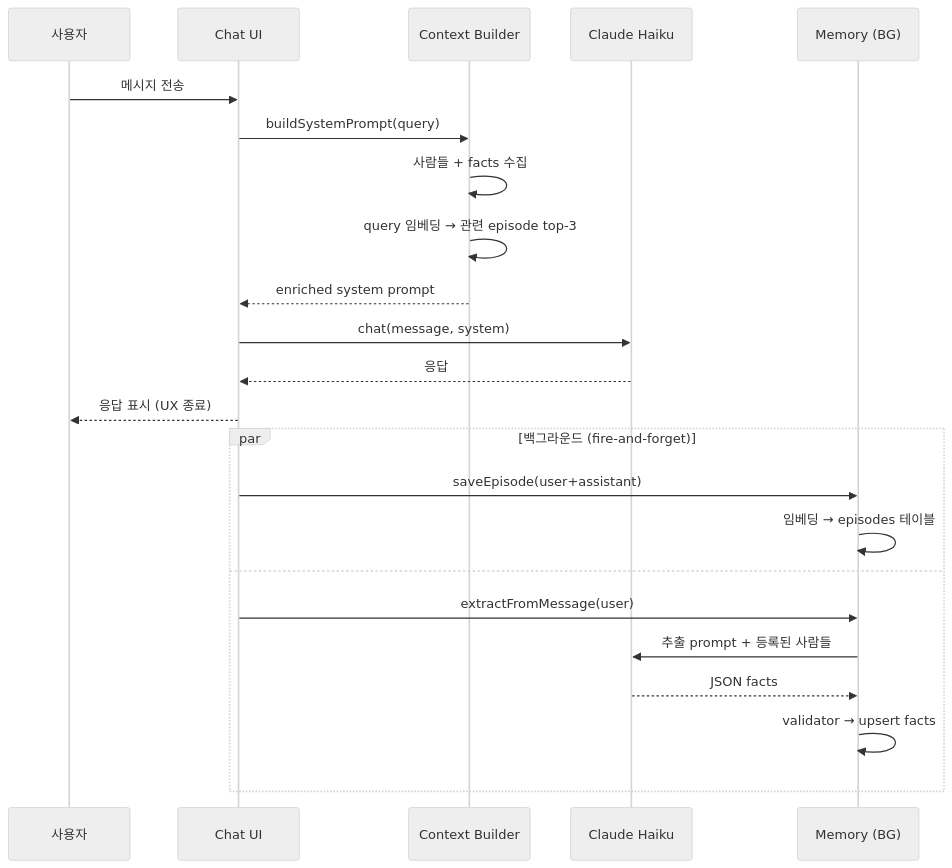
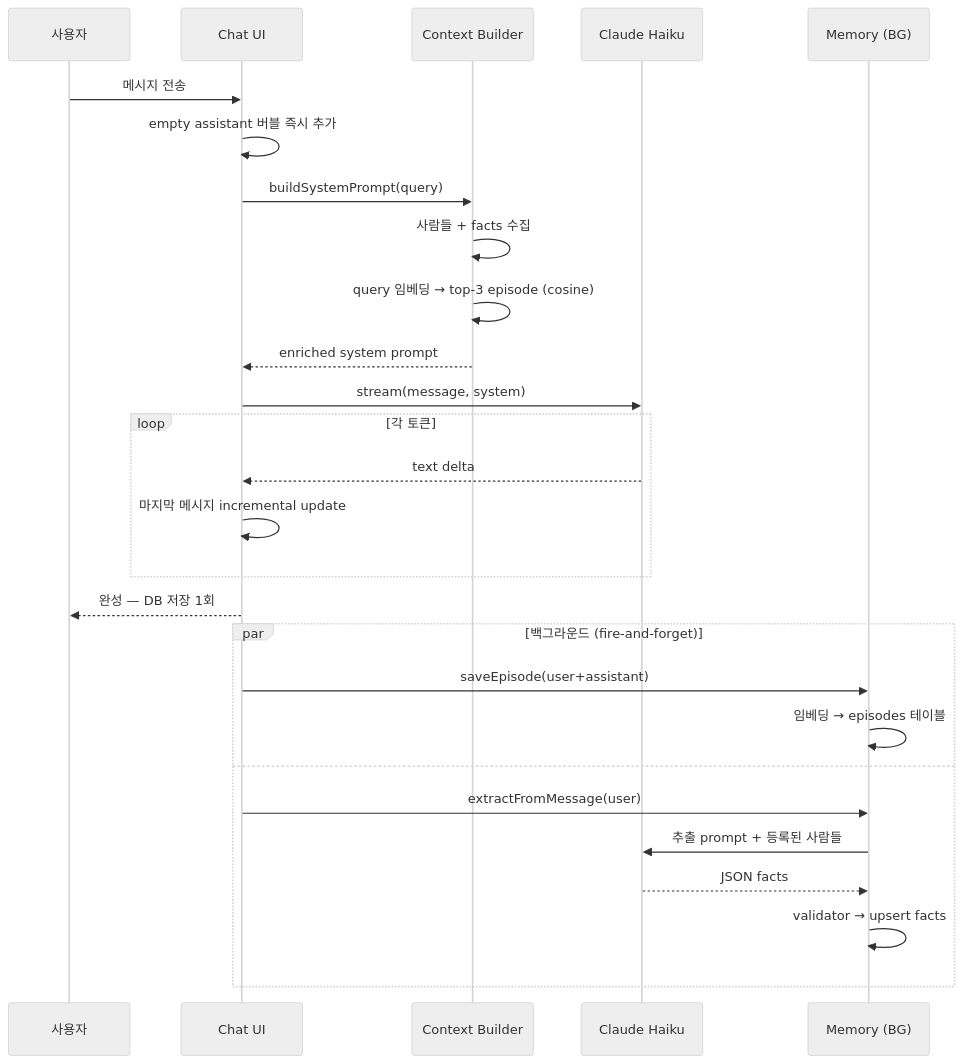
The second of 2 diagrams in README.md (Saga-Tales/tale-01-personal-diary-iq), drawn with Mermaid (neutral theme) before and after one commit. The commit also changed other lines of this file, not shown here.

````diff
--- a/README.md
+++ b/README.md
@@ -101,27 +118,31 @@
 ```mermaid
 sequenceDiagram
   participant U as 사용자
   participant UI as Chat UI
   participant Ctx as Context Builder
   participant LLM as Claude Haiku
   participant Mem as Memory (BG)
 
   U->>UI: 메시지 전송
+  UI->>UI: empty assistant 버블 즉시 추가
   UI->>Ctx: buildSystemPrompt(query)
   Ctx->>Ctx: 사람들 + facts 수집
-  Ctx->>Ctx: query 임베딩 → 관련 episode top-3
+  Ctx->>Ctx: query 임베딩 → top-3 episode (cosine)
   Ctx-->>UI: enriched system prompt
-  UI->>LLM: chat(message, system)
-  LLM-->>UI: 응답
-  UI-->>U: 응답 표시 (UX 종료)
+  UI->>LLM: stream(message, system)
+  loop 각 토큰
+    LLM-->>UI: text delta
+    UI->>UI: 마지막 메시지 incremental update
+  end
+  UI-->>U: 완성 — DB 저장 1회
 
   par 백그라운드 (fire-and-forget)
     UI->>Mem: saveEpisode(user+assistant)
     Mem->>Mem: 임베딩 → episodes 테이블
   and
     UI->>Mem: extractFromMessage(user)
     Mem->>LLM: 추출 prompt + 등록된 사람들
     LLM-->>Mem: JSON facts
     Mem->>Mem: validator → upsert facts
   end
 ```
````
